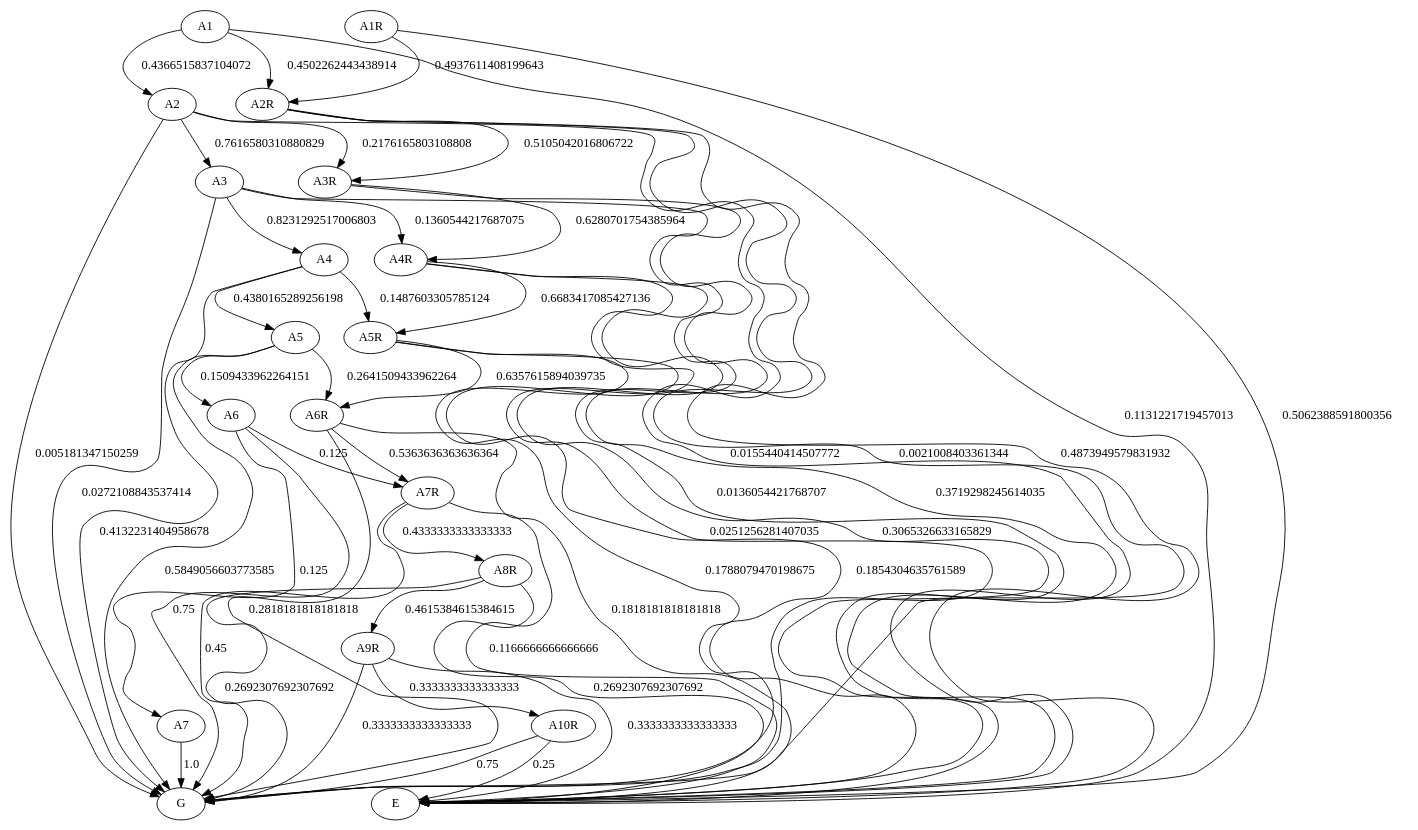
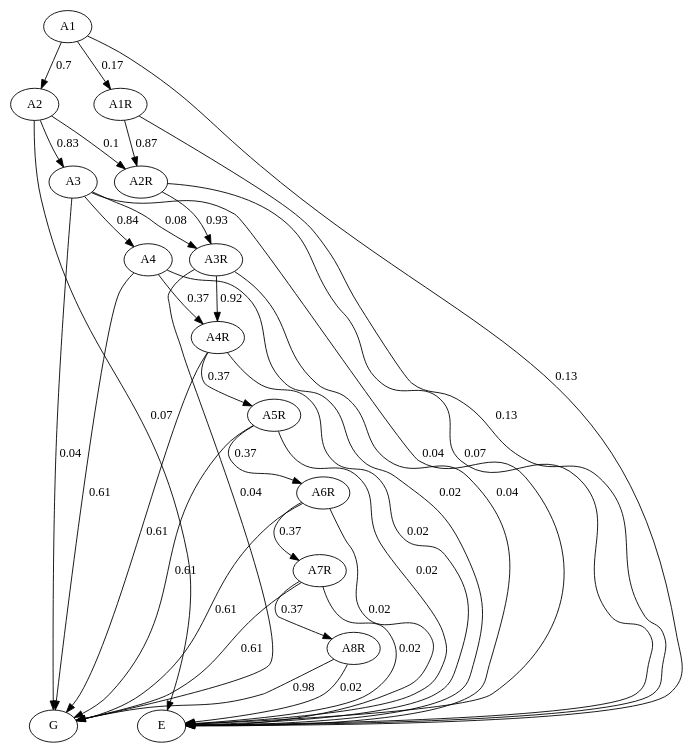
Before and after one commit to JulianaFerreira/educacao: the diagram in graph/markov.dot, drawn with Graphviz. The commit also changed 6 other files, not shown here.

```diff
--- a/graph/markov.dot
+++ b/graph/markov.dot
@@ -1,69 +1,50 @@
 digraph  {
 A1;
 A2;
 A3;
 A4;
-A5;
-A6;
-A7;
+A1R;
 A2R;
-A1R;
 A3R;
 A4R;
 A5R;
 A6R;
 A7R;
 A8R;
-A9R;
-A10R;
+G;
 E;
-G;
-A1 -> A2  [key=0, label="0.4366515837104072", weight="0.4366515837104072"];
-A1 -> A2R  [key=0, label="0.4502262443438914", weight="0.4502262443438914"];
-A1 -> E  [key=0, label="0.1131221719457013", weight="0.1131221719457013"];
-A2 -> A3  [key=0, label="0.7616580310880829", weight="0.7616580310880829"];
-A2 -> A3R  [key=0, label="0.2176165803108808", weight="0.2176165803108808"];
-A2 -> E  [key=0, label="0.0155440414507772", weight="0.0155440414507772"];
-A2 -> G  [key=0, label="0.005181347150259", weight="0.005181347150259"];
-A3 -> A4  [key=0, label="0.8231292517006803", weight="0.8231292517006803"];
-A3 -> A4R  [key=0, label="0.1360544217687075", weight="0.1360544217687075"];
-A3 -> E  [key=0, label="0.0136054421768707", weight="0.0136054421768707"];
-A3 -> G  [key=0, label="0.0272108843537414", weight="0.0272108843537414"];
-A4 -> A5  [key=0, label="0.4380165289256198", weight="0.4380165289256198"];
-A4 -> A5R  [key=0, label="0.1487603305785124", weight="0.1487603305785124"];
-A4 -> G  [key=0, label="0.4132231404958678", weight="0.4132231404958678"];
-A5 -> A6  [key=0, label="0.1509433962264151", weight="0.1509433962264151"];
-A5 -> A6R  [key=0, label="0.2641509433962264", weight="0.2641509433962264"];
-A5 -> G  [key=0, label="0.5849056603773585", weight="0.5849056603773585"];
-A6 -> A7  [key=0, label="0.125", weight="0.125"];
-A6 -> A7R  [key=0, label="0.125", weight="0.125"];
-A6 -> G  [key=0, label="0.75", weight="0.75"];
-A7 -> G  [key=0, label="1.0", weight="1.0"];
-A2R -> A3R  [key=0, label="0.5105042016806722", weight="0.5105042016806722"];
-A2R -> E  [key=0, label="0.4873949579831932", weight="0.4873949579831932"];
-A2R -> G  [key=0, label="0.0021008403361344", weight="0.0021008403361344"];
-A1R -> A2R  [key=0, label="0.4937611408199643", weight="0.4937611408199643"];
-A1R -> E  [key=0, label="0.5062388591800356", weight="0.5062388591800356"];
-A3R -> A4R  [key=0, label="0.6280701754385964", weight="0.6280701754385964"];
-A3R -> E  [key=0, label="0.3719298245614035", weight="0.3719298245614035"];
-A4R -> A5R  [key=0, label="0.6683417085427136", weight="0.6683417085427136"];
-A4R -> E  [key=0, label="0.3065326633165829", weight="0.3065326633165829"];
-A4R -> G  [key=0, label="0.0251256281407035", weight="0.0251256281407035"];
-A5R -> A6R  [key=0, label="0.6357615894039735", weight="0.6357615894039735"];
-A5R -> E  [key=0, label="0.1854304635761589", weight="0.1854304635761589"];
-A5R -> G  [key=0, label="0.1788079470198675", weight="0.1788079470198675"];
-A6R -> A7R  [key=0, label="0.5363636363636364", weight="0.5363636363636364"];
-A6R -> E  [key=0, label="0.1818181818181818", weight="0.1818181818181818"];
-A6R -> G  [key=0, label="0.2818181818181818", weight="0.2818181818181818"];
-A7R -> A8R  [key=0, label="0.4333333333333333", weight="0.4333333333333333"];
-A7R -> E  [key=0, label="0.1166666666666666", weight="0.1166666666666666"];
-A7R -> G  [key=0, label="0.45", weight="0.45"];
-A8R -> A9R  [key=0, label="0.4615384615384615", weight="0.4615384615384615"];
-A8R -> E  [key=0, label="0.2692307692307692", weight="0.2692307692307692"];
-A8R -> G  [key=0, label="0.2692307692307692", weight="0.2692307692307692"];
-A9R -> A10R  [key=0, label="0.3333333333333333", weight="0.3333333333333333"];
-A9R -> E  [key=0, label="0.3333333333333333", weight="0.3333333333333333"];
-A9R -> G  [key=0, label="0.3333333333333333", weight="0.3333333333333333"];
-A10R -> E  [key=0, label="0.25", weight="0.25"];
-A10R -> G  [key=0, label="0.75", weight="0.75"];
+A1 -> A2  [key=0, label="0.7", weight="0.7"];
+A1 -> A1R  [key=0, label="0.17", weight="0.17"];
+A1 -> E  [key=0, label="0.13", weight="0.13"];
+A2 -> A3  [key=0, label="0.83", weight="0.83"];
+A2 -> A2R  [key=0, label="0.1", weight="0.1"];
+A2 -> E  [key=0, label="0.07", weight="0.07"];
+A3 -> A4  [key=0, label="0.84", weight="0.84"];
+A3 -> A3R  [key=0, label="0.08", weight="0.08"];
+A3 -> G  [key=0, label="0.04", weight="0.04"];
+A3 -> E  [key=0, label="0.04", weight="0.04"];
+A4 -> A4R  [key=0, label="0.37", weight="0.37"];
+A4 -> G  [key=0, label="0.61", weight="0.61"];
+A4 -> E  [key=0, label="0.02", weight="0.02"];
+A1R -> A2R  [key=0, label="0.87", weight="0.87"];
+A1R -> E  [key=0, label="0.13", weight="0.13"];
+A2R -> A3R  [key=0, label="0.93", weight="0.93"];
+A2R -> E  [key=0, label="0.07", weight="0.07"];
+A3R -> A4R  [key=0, label="0.92", weight="0.92"];
+A3R -> G  [key=0, label="0.04", weight="0.04"];
+A3R -> E  [key=0, label="0.04", weight="0.04"];
+A4R -> A5R  [key=0, label="0.37", weight="0.37"];
+A4R -> G  [key=0, label="0.61", weight="0.61"];
+A4R -> E  [key=0, label="0.02", weight="0.02"];
+A5R -> A6R  [key=0, label="0.37", weight="0.37"];
+A5R -> G  [key=0, label="0.61", weight="0.61"];
+A5R -> E  [key=0, label="0.02", weight="0.02"];
+A6R -> A7R  [key=0, label="0.37", weight="0.37"];
+A6R -> G  [key=0, label="0.61", weight="0.61"];
+A6R -> E  [key=0, label="0.02", weight="0.02"];
+A7R -> A8R  [key=0, label="0.37", weight="0.37"];
+A7R -> G  [key=0, label="0.61", weight="0.61"];
+A7R -> E  [key=0, label="0.02", weight="0.02"];
+A8R -> G  [key=0, label="0.98", weight="0.98"];
+A8R -> E  [key=0, label="0.02", weight="0.02"];
 }
```
